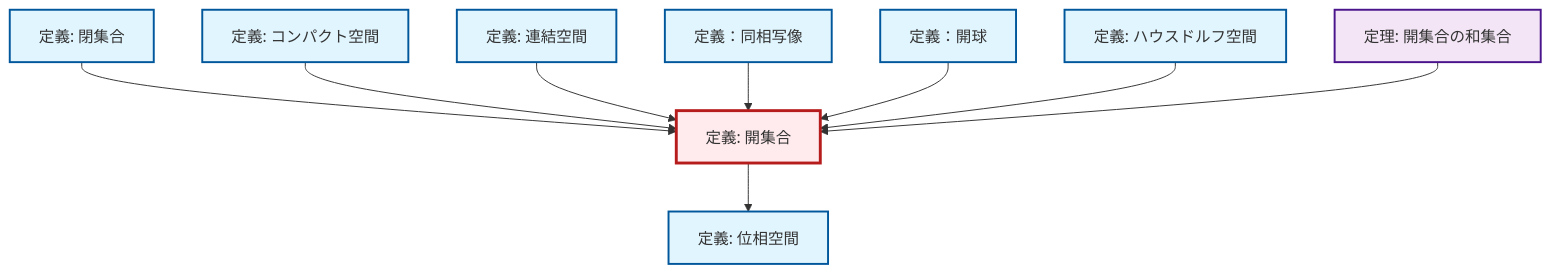
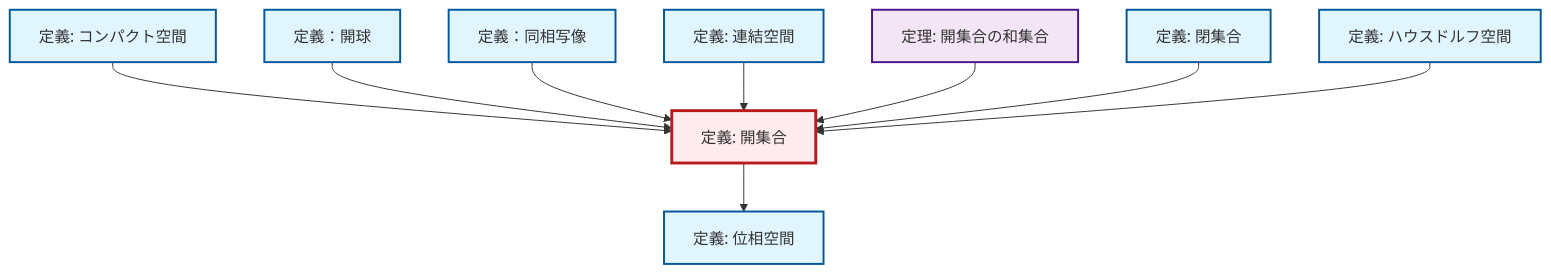
Before and after one commit to RK0429/ModernMath: the diagram in content/ja/topology/def-open-set.qmd, drawn with Mermaid. The commit also changed other lines of this file and 328 other files, not shown here.

````diff
--- a/content/ja/topology/def-open-set.qmd
+++ b/content/ja/topology/def-open-set.qmd
@@ -55,35 +55,35 @@
 ```{mermaid}
 %%| fig-cap: "ローカル依存関係グラフ"
 graph TD
     classDef definition fill:#e1f5fe,stroke:#01579b,stroke-width:2px
     classDef theorem fill:#f3e5f5,stroke:#4a148c,stroke-width:2px
     classDef axiom fill:#fff3e0,stroke:#e65100,stroke-width:2px
     classDef example fill:#e8f5e9,stroke:#1b5e20,stroke-width:2px
     classDef current fill:#ffebee,stroke:#b71c1c,stroke-width:3px
+    thm-union-open-sets["定理: 開集合の和集合"]:::theorem
+    def-hausdorff["定義: ハウスドルフ空間"]:::definition
+    def-open-ball["定義：開球"]:::definition
+    def-open-set["定義: 開集合"]:::definition
+    def-homeomorphism["定義：同相写像"]:::definition
+    def-connected["定義: 連結空間"]:::definition
     def-topological-space["定義: 位相空間"]:::definition
     def-compact["定義: コンパクト空間"]:::definition
-    def-homeomorphism["定義：同相写像"]:::definition
-    def-open-ball["定義：開球"]:::definition
     def-closed-set["定義: 閉集合"]:::definition
-    def-hausdorff["定義: ハウスドルフ空間"]:::definition
-    thm-union-open-sets["定理: 開集合の和集合"]:::theorem
-    def-open-set["定義: 開集合"]:::definition
-    def-connected["定義: 連結空間"]:::definition
+    def-open-set --> def-topological-space
+    def-compact --> def-open-set
+    def-open-ball --> def-open-set
+    def-homeomorphism --> def-open-set
+    def-connected --> def-open-set
+    thm-union-open-sets --> def-open-set
     def-closed-set --> def-open-set
-    def-compact --> def-open-set
-    def-connected --> def-open-set
-    def-homeomorphism --> def-open-set
-    def-open-set --> def-topological-space
-    def-open-ball --> def-open-set
     def-hausdorff --> def-open-set
-    thm-union-open-sets --> def-open-set
     class def-open-set current
+    click thm-union-open-sets "thm-union-open-sets.html" "開集合の和集合の定理へ"
+    click def-hausdorff "def-hausdorff.html" "ハウスドルフ空間の定義へ"
+    click def-open-ball "def-open-ball.html" "定義：開球へ"
+    click def-homeomorphism "def-homeomorphism.html" "定義：同相写像へ"
+    click def-connected "def-connected.html" "連結空間の定義へ"
     click def-topological-space "def-topological-space.html" "位相空間の定義へ"
     click def-compact "def-compact.html" "コンパクト空間の定義へ"
-    click def-homeomorphism "def-homeomorphism.html" "定義：同相写像へ"
-    click def-open-ball "def-open-ball.html" "定義：開球へ"
     click def-closed-set "def-closed-set.html" "閉集合の定義へ"
-    click def-hausdorff "def-hausdorff.html" "ハウスドルフ空間の定義へ"
-    click thm-union-open-sets "thm-union-open-sets.html" "開集合の和集合の定理へ"
-    click def-connected "def-connected.html" "連結空間の定義へ"
 ```
````
